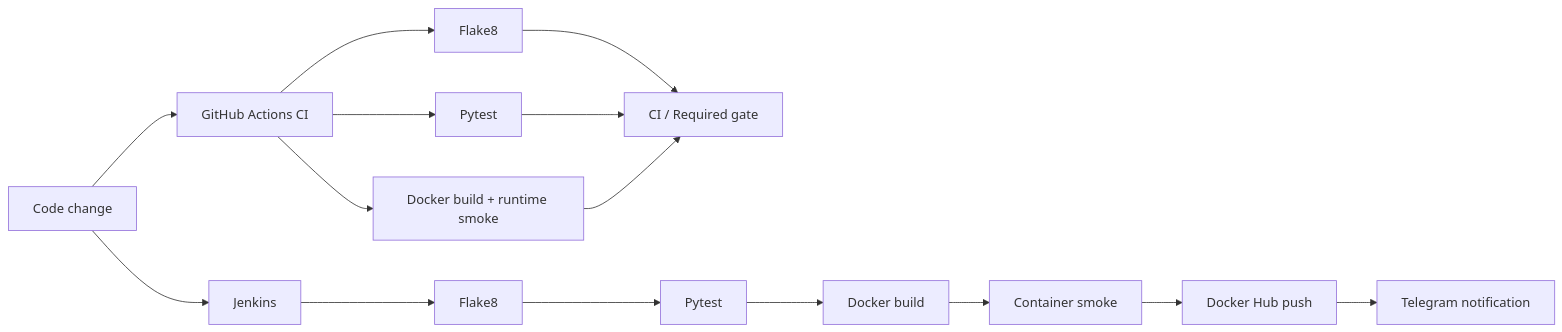
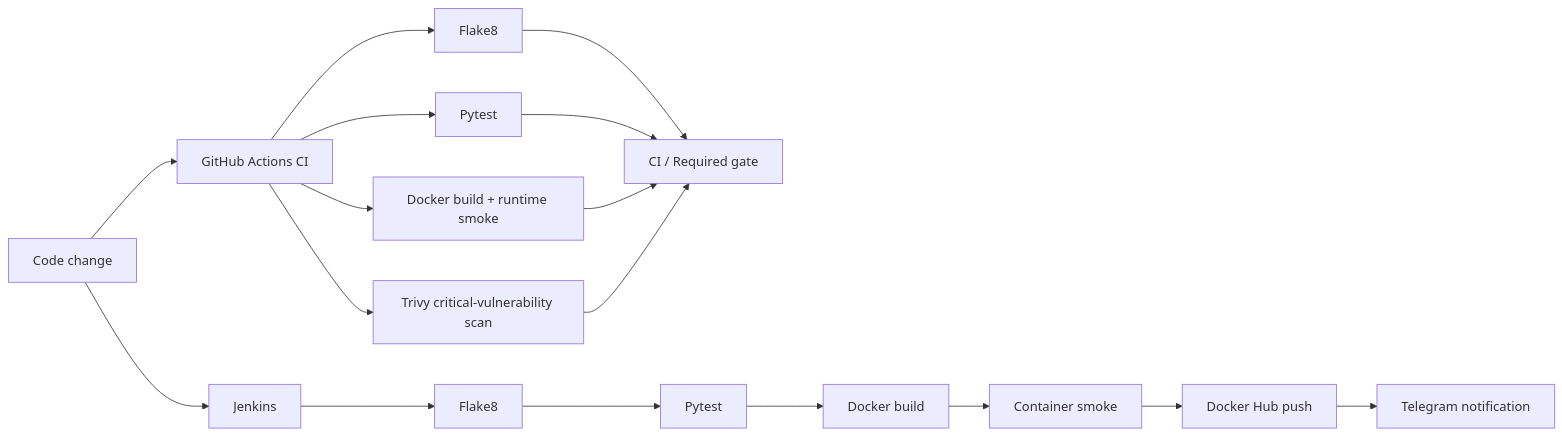
One commit to TokhirjonYuldoshev/my-docker-project changed the diagram in README.md. Above: the diagram before and after it, drawn with Mermaid. The commit also changed other lines of this file, not shown here.

````diff
--- a/README.md
+++ b/README.md
@@ -12,18 +12,20 @@
 ```mermaid
 flowchart LR
     C[Code change] --> GH[GitHub Actions CI]
     GH --> Q1[Flake8]
     GH --> T1[Pytest]
     GH --> D1[Docker build + runtime smoke]
+    GH --> V1[Trivy critical-vulnerability scan]
     Q1 --> G[CI / Required gate]
     T1 --> G
     D1 --> G
+    V1 --> G
 
     C --> J[Jenkins]
     J --> Q2[Flake8]
     Q2 --> T2[Pytest]
     T2 --> B2[Docker build]
     B2 --> S2[Container smoke]
     S2 --> H[Docker Hub push]
     H --> N[Telegram notification]
 ```
````
